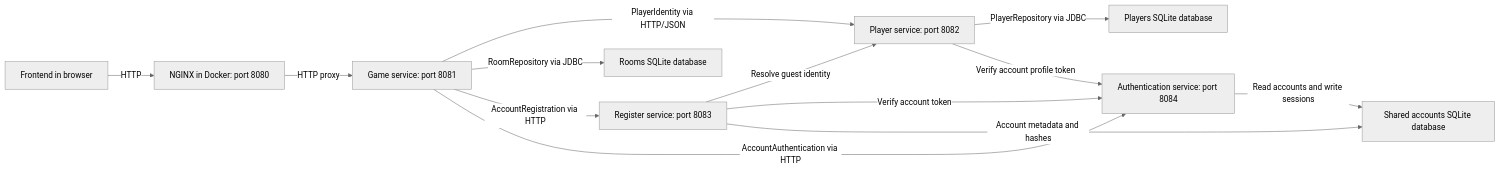
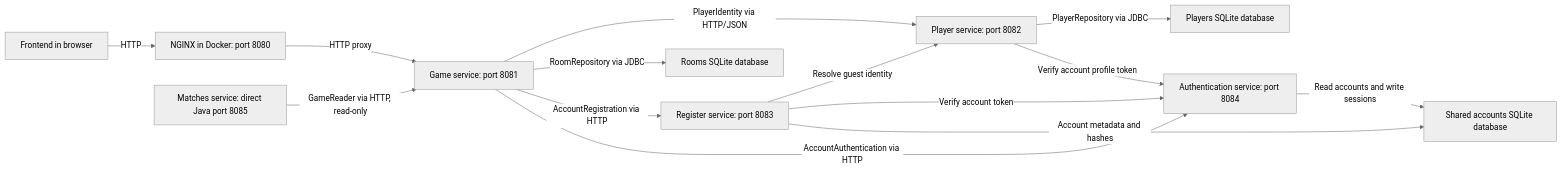
Before and after one commit to ikigachi/chess-software: the diagram in README.md, drawn with Mermaid (neutral theme). The commit also changed other lines of this file and 12 other files, not shown here.

````diff
--- a/README.md
+++ b/README.md
@@ -157,15 +166,16 @@
 ```mermaid
 flowchart LR
     F["Frontend in browser"] -->|"HTTP"| W["NGINX in Docker: port 8080"]
     W -->|"HTTP proxy"| G["Game service: port 8081"]
+    M["Matches service: direct Java port 8085"] -->|"GameReader via HTTP, read-only"| G
     G -->|"PlayerIdentity via HTTP/JSON"| P["Player service: port 8082"]
     G -->|"RoomRepository via JDBC"| D["Rooms SQLite database"]
     P -->|"PlayerRepository via JDBC"| PD["Players SQLite database"]
     G -->|"AccountRegistration via HTTP"| R["Register service: port 8083"]
     G -->|"AccountAuthentication via HTTP"| A["Authentication service: port 8084"]
     R -->|"Resolve guest identity"| P
     R -->|"Verify account token"| A
     P -->|"Verify account profile token"| A
     R -->|"Account metadata and hashes"| AD["Shared accounts SQLite database"]
     A -->|"Read accounts and write sessions"| AD
 ```
````
